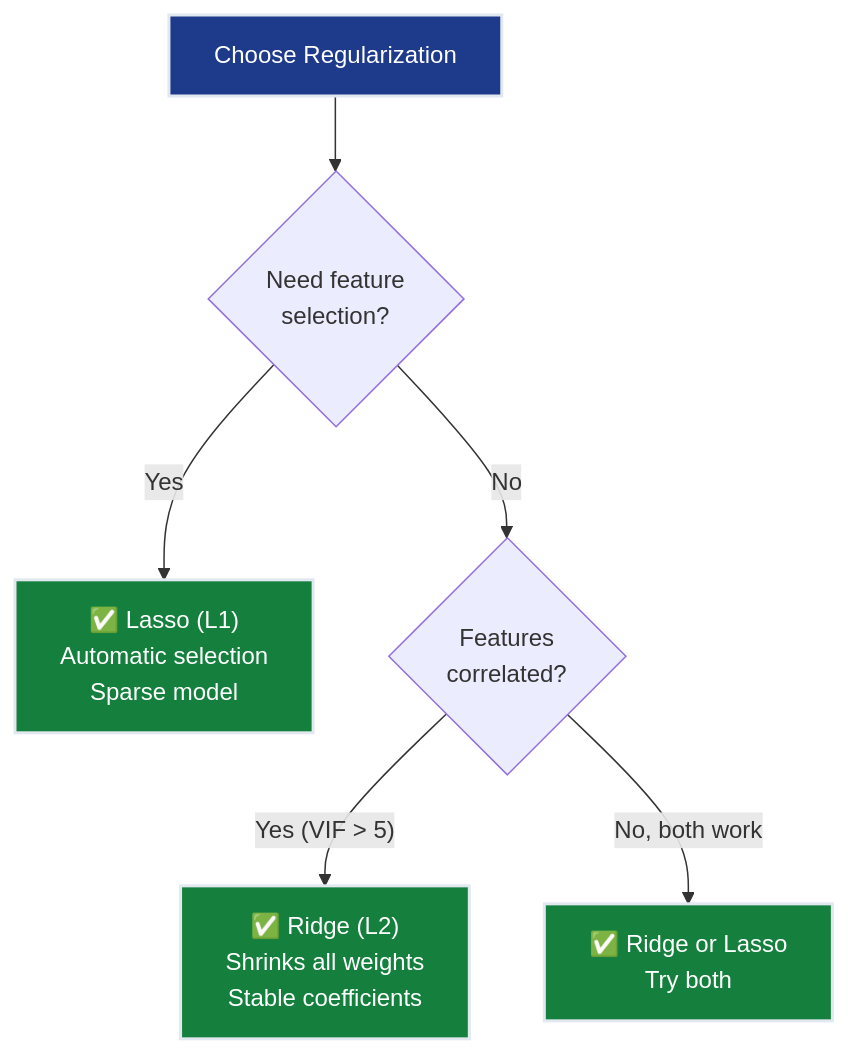
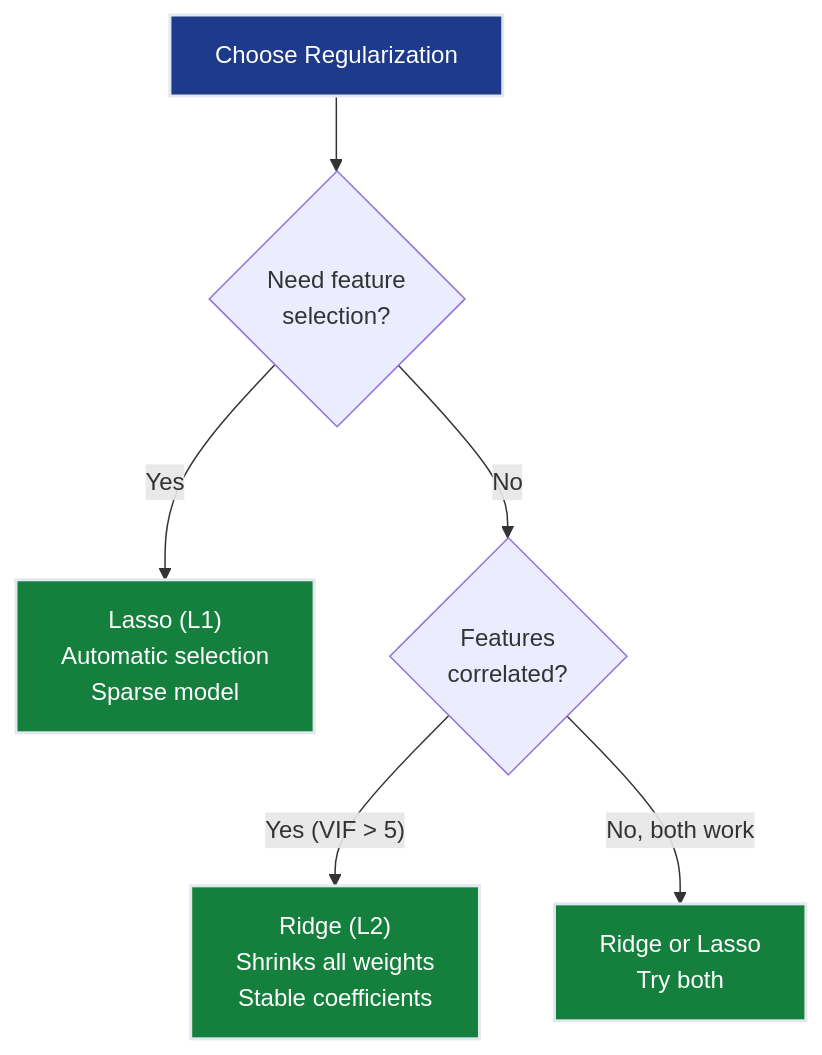
The second of 4 diagrams in notes/01-ml/01-regression/ch05_regularization/README.md (dsgouda7/ai-portfolio), drawn with Mermaid before and after one commit. The commit also changed other lines of this file and 179 other files, not shown here.

````diff
--- a/notes/01-ml/01-regression/ch05_regularization/README.md
+++ b/notes/01-ml/01-regression/ch05_regularization/README.md
@@ -311,15 +311,15 @@
 ```mermaid
 flowchart TD
-    START["Choose Regularization"] --> Q1{"Need feature<br/>selection?"}
-    
-    Q1 -->|"Yes"| LASSO["✅ Lasso (L1)<br/>Automatic selection<br/>Sparse model"]
-    Q1 -->|"No"| Q2{"Features<br/>correlated?"}
-    
-    Q2 -->|"Yes (VIF > 5)"| RIDGE["✅ Ridge (L2)<br/>Shrinks all weights<br/>Stable coefficients"]
-    Q2 -->|"No, both work"| RIDGE2["✅ Ridge or Lasso<br/>Try both"]
-    
-    style START fill:#1e3a8a,stroke:#e2e8f0,stroke-width:2px,color:#ffffff
-    style RIDGE fill:#15803d,stroke:#e2e8f0,stroke-width:2px,color:#ffffff
-    style RIDGE2 fill:#15803d,stroke:#e2e8f0,stroke-width:2px,color:#ffffff
-    style LASSO fill:#15803d,stroke:#e2e8f0,stroke-width:2px,color:#ffffff
+ START["Choose Regularization"] --> Q1{"Need feature<br/>selection?"}
+
+ Q1 -->|"Yes"| LASSO[" Lasso (L1)<br/>Automatic selection<br/>Sparse model"]
+ Q1 -->|"No"| Q2{"Features<br/>correlated?"}
+
+ Q2 -->|"Yes (VIF > 5)"| RIDGE[" Ridge (L2)<br/>Shrinks all weights<br/>Stable coefficients"]
+ Q2 -->|"No, both work"| RIDGE2[" Ridge or Lasso<br/>Try both"]
+
+ style START fill:#1e3a8a,stroke:#e2e8f0,stroke-width:2px,color:#ffffff
+ style RIDGE fill:#15803d,stroke:#e2e8f0,stroke-width:2px,color:#ffffff
+ style RIDGE2 fill:#15803d,stroke:#e2e8f0,stroke-width:2px,color:#ffffff
+ style LASSO fill:#15803d,stroke:#e2e8f0,stroke-width:2px,color:#ffffff
 ```
````
